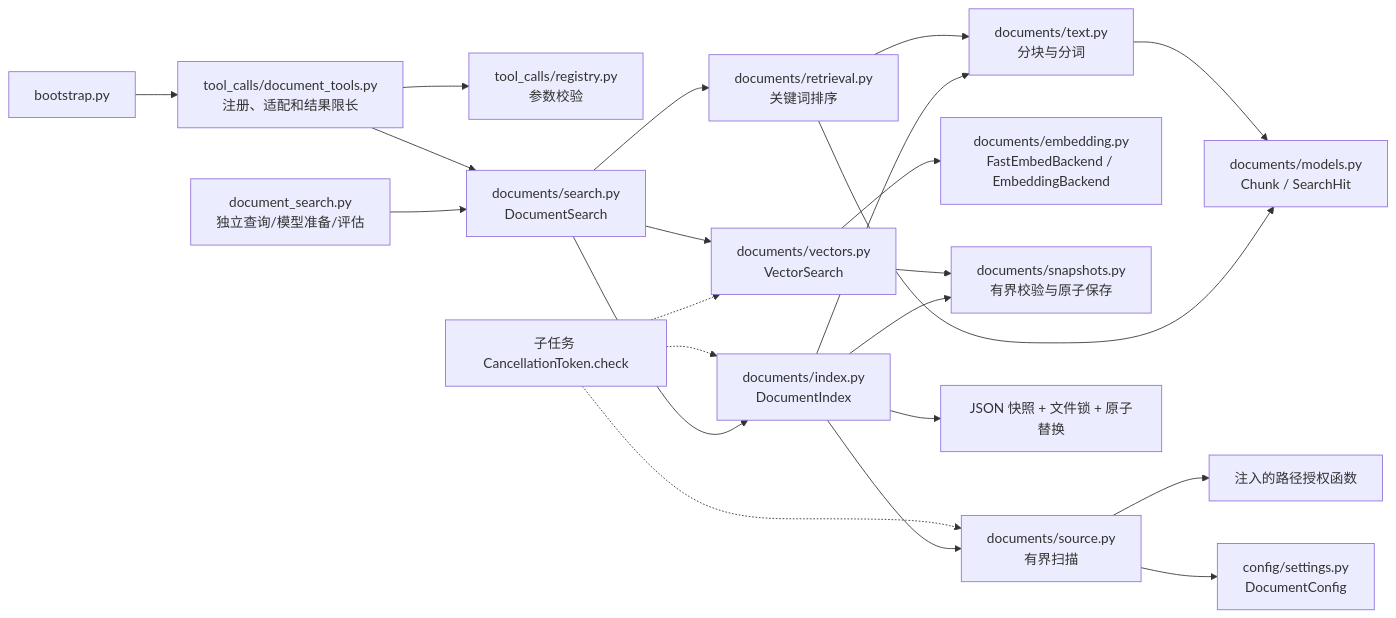
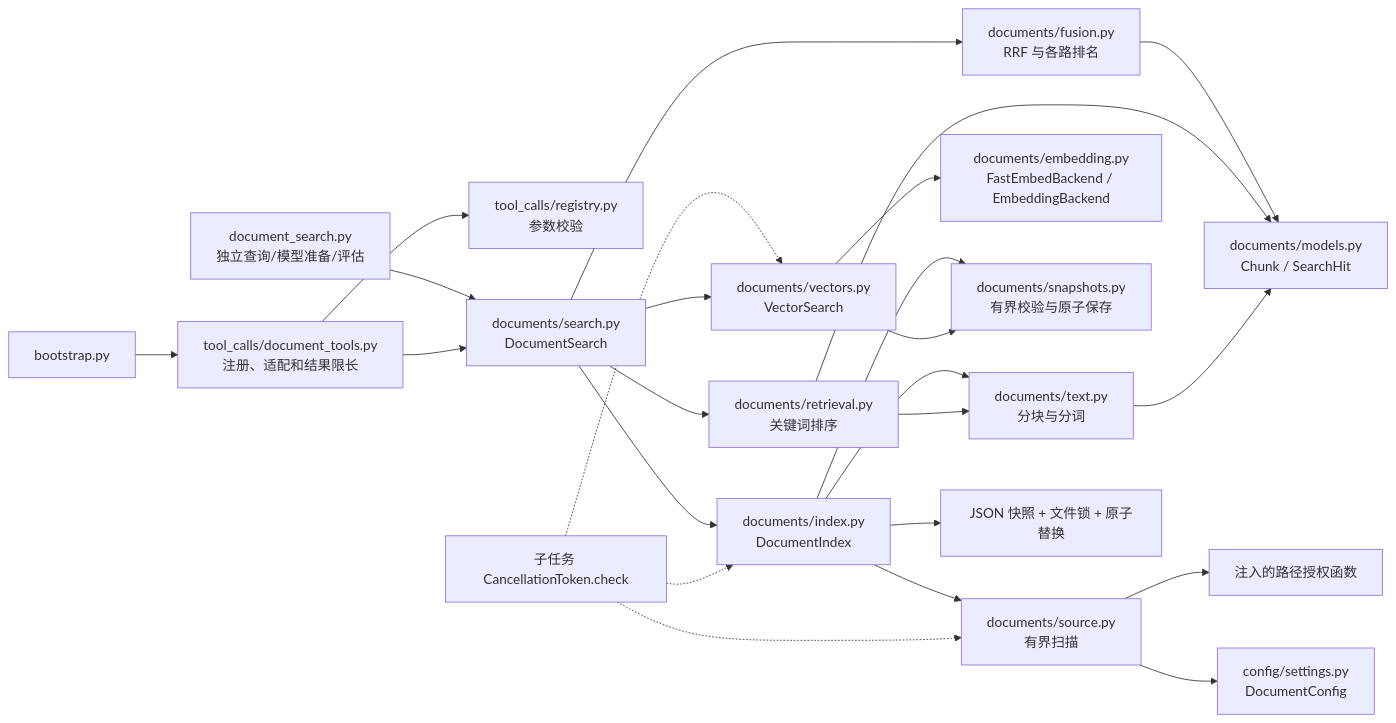
Before and after one commit to Plvltra/AdamAgent: diagram 34 of 44 in docs/architecture.md, drawn with Mermaid. The commit also changed other lines of this file and 13 other files, not shown here.

````diff
--- a/docs/architecture.md
+++ b/docs/architecture.md
@@ -733,24 +749,26 @@
 ```mermaid
 flowchart LR
     TEXT["documents/text.py<br/>分块与分词"] --> VALUES["documents/models.py<br/>Chunk / SearchHit"]
     RANK["documents/retrieval.py<br/>关键词排序"] --> TEXT
     RANK --> VALUES
     BOOT["bootstrap.py"] --> TOOLS["tool_calls/document_tools.py<br/>注册、适配和结果限长"]
     TOOLS --> REGISTRY["tool_calls/registry.py<br/>参数校验"]
     TOOLS --> SEARCH["documents/search.py<br/>DocumentSearch"]
     CLI["document_search.py<br/>独立查询/模型准备/评估"] --> SEARCH
     SEARCH --> RANK
     SEARCH --> VECTOR["documents/vectors.py<br/>VectorSearch"]
+    SEARCH --> FUSION["documents/fusion.py<br/>RRF 与各路排名"]
+    FUSION --> VALUES
     VECTOR --> EMBED["documents/embedding.py<br/>FastEmbedBackend / EmbeddingBackend"]
     VECTOR --> SNAP["documents/snapshots.py<br/>有界校验与原子保存"]
     CANCEL["子任务 CancellationToken.check"] -.-> SOURCE
     CANCEL -.-> INDEX
     CANCEL -.-> VECTOR
     INDEX --> SNAP
     SEARCH --> INDEX
     INDEX["documents/index.py<br/>DocumentIndex"] --> SOURCE["documents/source.py<br/>有界扫描"]
     SOURCE --> AUTH["注入的路径授权函数"]
     INDEX --> TEXT
     INDEX --> CACHE["JSON 快照 + 文件锁 + 原子替换"]
     SOURCE --> CONFIG["config/settings.py<br/>DocumentConfig"]
 ```
````
